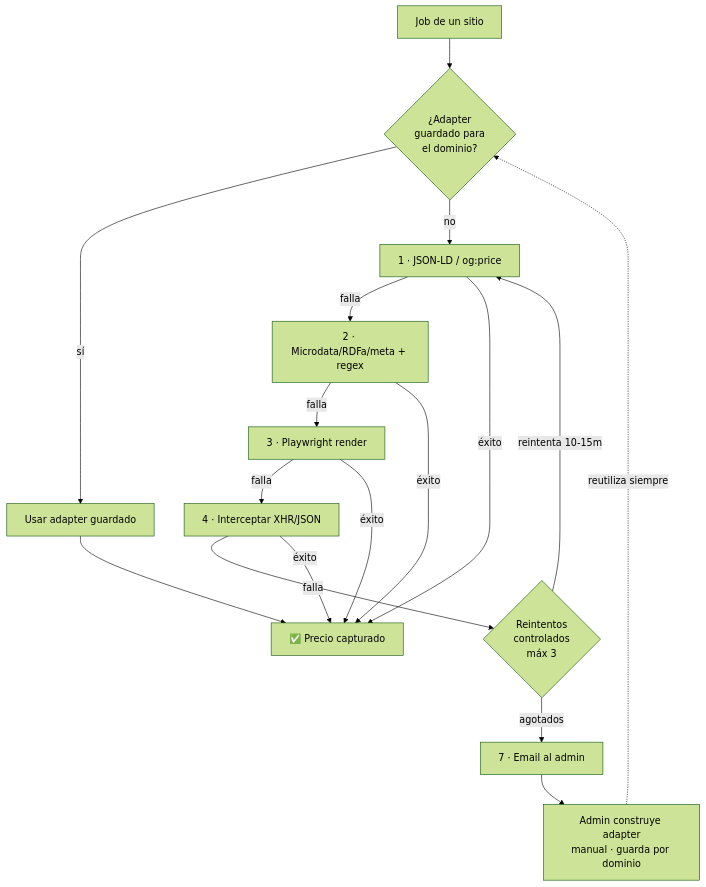
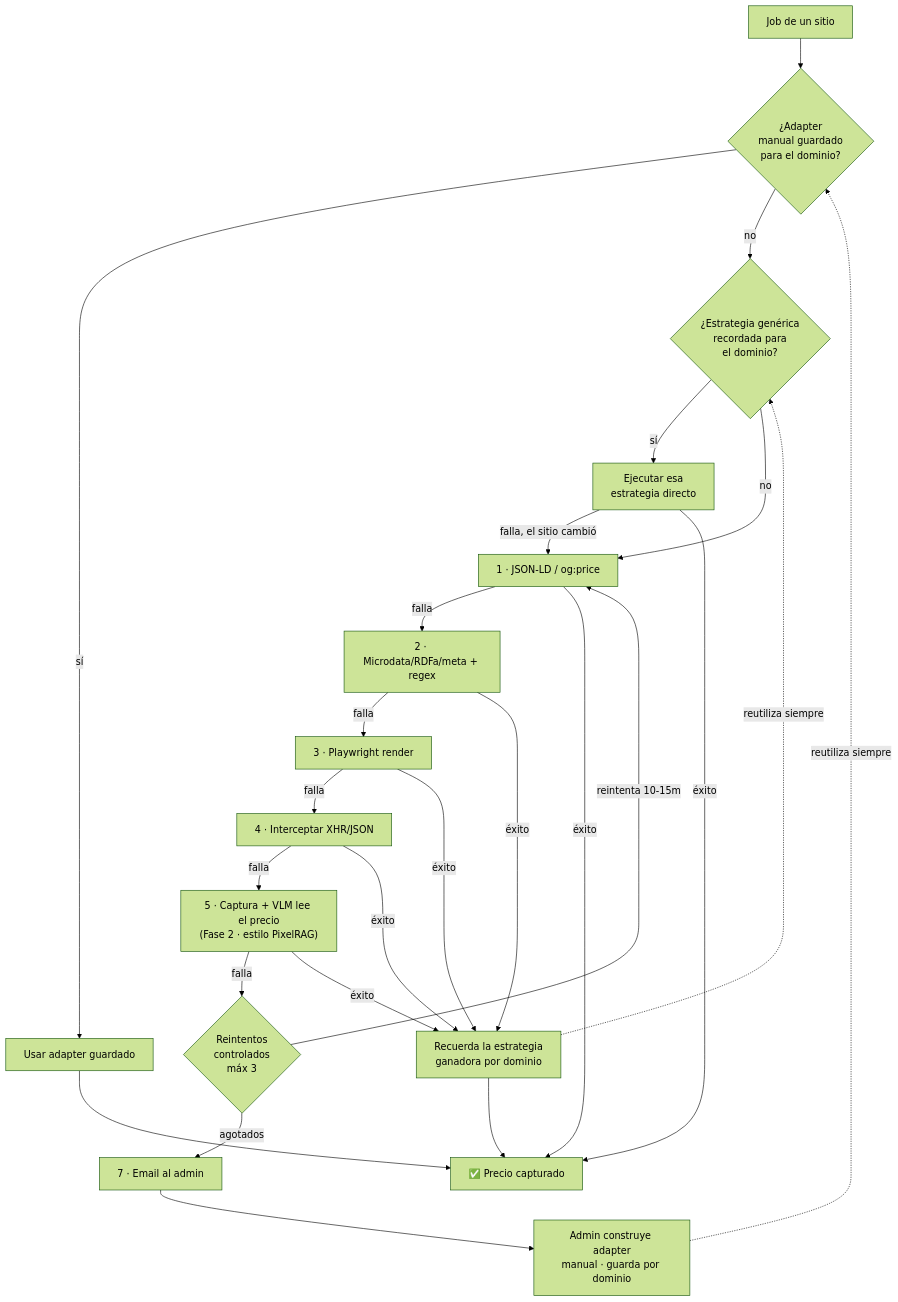
One commit to vida-I-found-it/architecture changed the fourth of 7 diagrams in docs/02-arquitectura.md. Above: the diagram before and after it, drawn with Mermaid (forest theme). The commit also changed other lines of this file and 1 other file, not shown here.

Commit message:
docs(scraping): 📝 add generic-strategy memo and visual-VLM step to cascade
- docs/02-arquitectura.md: add A1/LEARN nodes to the scraping cascade
  diagram (remember which generic step won per domain, skip to it next
  run, fall back to the full cascade if the site changed). Add C5 as a
  named step: screenshot + vision-language model reading the price,
  Fase 2, concretizing the prior generic "IA extractor (#5)" note
  (PixelRAG-inspired, without its retrieval component).
- docs/09-pendientes.md: log both as D35 (SCR-21 candidate, no phase/
  priority assigned yet) and D36 (Fase 2, P2).

````diff
--- a/docs/02-arquitectura.md
+++ b/docs/02-arquitectura.md
@@ -192,16 +192,24 @@
 ```mermaid
 graph TD
-    START[Job de un sitio] --> A0{¿Adapter<br/>guardado para<br/>el dominio?}
+    START[Job de un sitio] --> A0{¿Adapter<br/>manual guardado<br/>para el dominio?}
     A0 -->|sí| USE[Usar adapter guardado]
-    A0 -->|no| C1[1 · JSON-LD / og:price]
+    A0 -->|no| A1{¿Estrategia genérica<br/>recordada para<br/>el dominio?}
+    A1 -->|sí| JUMP[Ejecutar esa<br/>estrategia directo]
+    JUMP -->|falla, el sitio cambió| C1
+    A1 -->|no| C1[1 · JSON-LD / og:price]
     C1 -->|falla| C2[2 · Microdata/RDFa/meta + regex]
     C2 -->|falla| C3[3 · Playwright render]
     C3 -->|falla| C4[4 · Interceptar XHR/JSON]
-    C4 -->|falla| RT{Reintentos<br/>controlados<br/>máx 3}
+    C4 -->|falla| C5["5 · Captura + VLM lee el precio<br/>(Fase 2 · estilo PixelRAG)"]
+    C5 -->|falla| RT{Reintentos<br/>controlados<br/>máx 3}
     RT -->|reintenta 10-15m| C1
     RT -->|agotados| N7[7 · Email al admin]
     N7 --> BUILD[Admin construye adapter<br/>manual · guarda por dominio]
     BUILD -.reutiliza siempre.-> A0
     USE --> OK[✅ Precio capturado]
-    C1 & C2 & C3 & C4 -->|éxito| OK
+    JUMP -->|éxito| OK
+    C1 -->|éxito| OK
+    C2 & C3 & C4 & C5 -->|éxito| LEARN[Recuerda la estrategia<br/>ganadora por dominio]
+    LEARN -.reutiliza siempre.-> A1
+    LEARN --> OK
 ```
````
